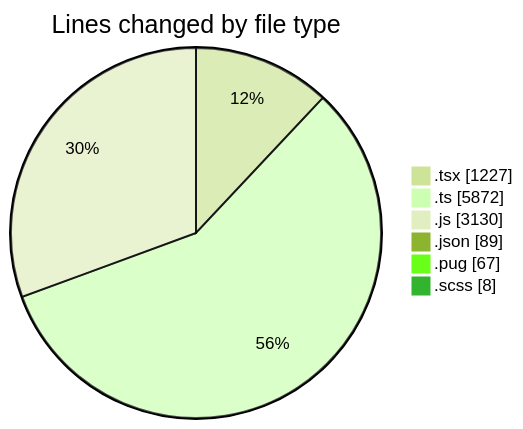
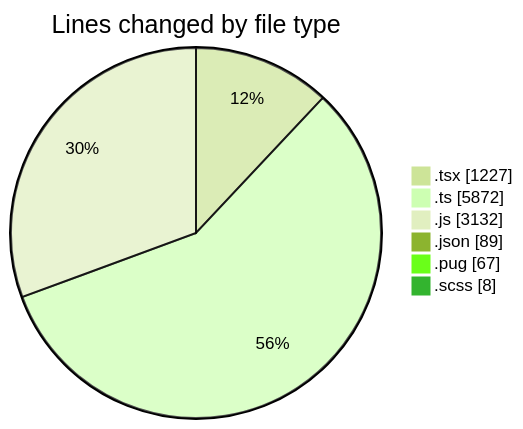
Before and after one commit to momahboobian/code-tracking: the first of 2 diagrams in 2025-03-24/cda/README.md, drawn with Mermaid (forest theme). The commit also changed other lines of this file and 1 other file, not shown here.

````diff
--- a/2025-03-24/cda/README.md
+++ b/2025-03-24/cda/README.md
@@ -41,10 +41,10 @@
 ```mermaid
 pie showData
 title Lines changed by file type
 ".tsx" : 1227
 ".ts" : 5872
-".js" : 3130
+".js" : 3132
 ".json" : 89
 ".pug" : 67
 ".scss" : 8
 ```
````
